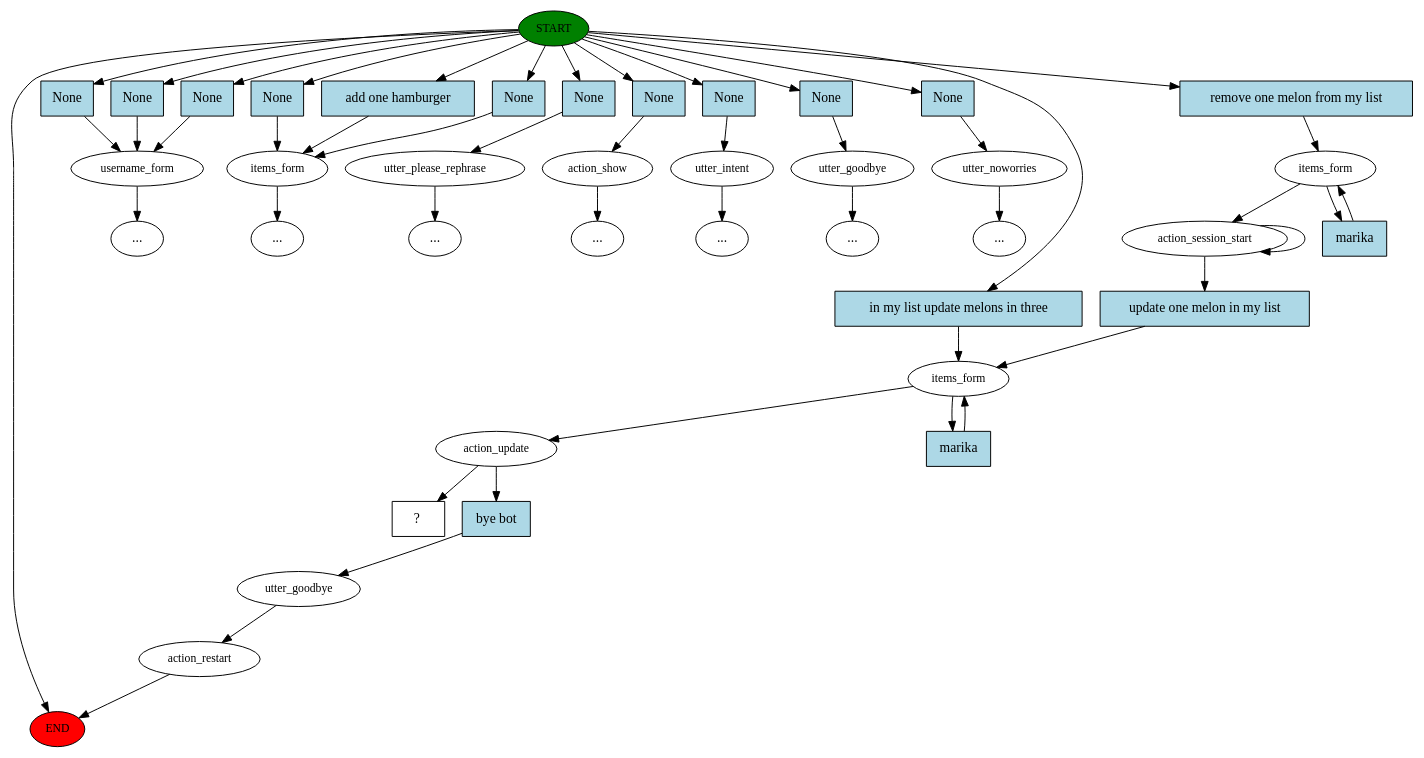
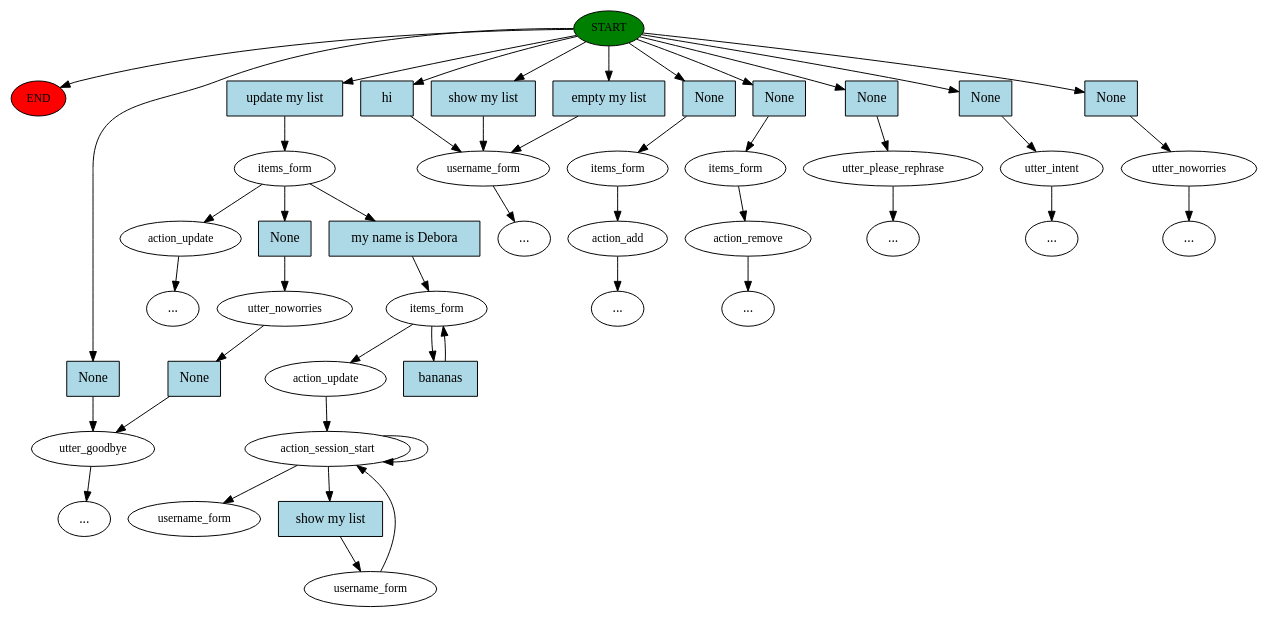
Before and after one commit to AlfonsoCom/ros_chatbot: the diagram in shopping_bot/story_graph.dot, drawn with Graphviz. The commit also changed 21 other files, not shown here.

```diff
--- a/shopping_bot/story_graph.dot
+++ b/shopping_bot/story_graph.dot
@@ -1,90 +1,91 @@
 digraph  {
 0 [class="start active", fillcolor=green, fontsize=12, label=START, style=filled];
 "-1" [class=end, fillcolor=red, fontsize=12, label=END, style=filled];
-1 [class="", fontsize=12, label=username_form];
-15 [class="", fontsize=12, label=items_form];
-33 [class="", fontsize=12, label=utter_please_rephrase];
-"-35" [class=ellipsis, label="..."];
-42 [class="", fontsize=12, label=action_show];
-"-44" [class=ellipsis, label="..."];
-44 [class="", fontsize=12, label=utter_intent];
-"-59" [class=ellipsis, label="..."];
-"-70" [class=ellipsis, label="..."];
-70 [class="", fontsize=12, label=utter_goodbye];
+1 [class="", fontsize=12, label=utter_goodbye];
+2 [class=active, fontsize=12, label=items_form];
+3 [class="", fontsize=12, label=action_update];
+4 [class="", fontsize=12, label=username_form];
+24 [class="", fontsize=12, label=utter_noworries];
+"-23" [class=ellipsis, label="..."];
+31 [class="", fontsize=12, label=items_form];
+32 [class="", fontsize=12, label=action_add];
+34 [class="", fontsize=12, label=items_form];
+35 [class="", fontsize=12, label=action_remove];
+46 [class="", fontsize=12, label=utter_please_rephrase];
+"-38" [class=ellipsis, label="..."];
+59 [class="", fontsize=12, label=utter_intent];
+"-62" [class=ellipsis, label="..."];
+"-65" [class=ellipsis, label="..."];
 "-72" [class=ellipsis, label="..."];
-71 [class="", fontsize=12, label=utter_noworries];
-"-73" [class=ellipsis, label="..."];
-72 [class=active, fontsize=12, label=items_form];
-74 [class=active, fontsize=12, label=action_update];
-75 [class="", fontsize=12, label=utter_goodbye];
-76 [class="", fontsize=12, label=action_restart];
 "-74" [class=ellipsis, label="..."];
-78 [class=active, fontsize=12, label=items_form];
-80 [class=active, fontsize=12, label=action_session_start];
-85 [class="intent dashed active", label="  ?  ", shape=rect];
-86 [class=intent, fillcolor=lightblue, label=None, shape=rect, style=filled];
-87 [class=intent, fillcolor=lightblue, label=None, shape=rect, style=filled];
-88 [class=intent, fillcolor=lightblue, label=None, shape=rect, style=filled];
-89 [class=intent, fillcolor=lightblue, label=None, shape=rect, style=filled];
-90 [class=intent, fillcolor=lightblue, label="add one hamburger", shape=rect, style=filled];
-91 [class=intent, fillcolor=lightblue, label=None, shape=rect, style=filled];
-92 [class=intent, fillcolor=lightblue, label=None, shape=rect, style=filled];
-93 [class=intent, fillcolor=lightblue, label=None, shape=rect, style=filled];
-94 [class=intent, fillcolor=lightblue, label=None, shape=rect, style=filled];
-95 [class=intent, fillcolor=lightblue, label=None, shape=rect, style=filled];
-96 [class=intent, fillcolor=lightblue, label=None, shape=rect, style=filled];
-97 [class=intent, fillcolor=lightblue, label="in my list update melons in three", shape=rect, style=filled];
-98 [class="intent active", fillcolor=lightblue, label="remove one melon from my list", shape=rect, style=filled];
-99 [class="intent active", fillcolor=lightblue, label=marika, shape=rect, style=filled];
-100 [class=intent, fillcolor=lightblue, label="bye bot", shape=rect, style=filled];
-101 [class="intent active", fillcolor=lightblue, label=marika, shape=rect, style=filled];
-102 [class="intent active", fillcolor=lightblue, label="update one melon in my list", shape=rect, style=filled];
+94 [class="", fontsize=12, label=utter_noworries];
+"-79" [class=ellipsis, label="..."];
+"-84" [class=ellipsis, label="..."];
+101 [class=active, fontsize=12, label=items_form];
+104 [class=active, fontsize=12, label=action_update];
+105 [class=active, fontsize=12, label=action_session_start];
+106 [class=active, fontsize=12, label=username_form];
+110 [class="dashed active", fontsize=12, label=username_form];
+111 [class=intent, fillcolor=lightblue, label=None, shape=rect, style=filled];
+112 [class="intent active", fillcolor=lightblue, label="update my list", shape=rect, style=filled];
+113 [class=intent, fillcolor=lightblue, label=hi, shape=rect, style=filled];
+114 [class=intent, fillcolor=lightblue, label="show my list", shape=rect, style=filled];
+115 [class=intent, fillcolor=lightblue, label="empty my list", shape=rect, style=filled];
+116 [class=intent, fillcolor=lightblue, label=None, shape=rect, style=filled];
+117 [class=intent, fillcolor=lightblue, label=None, shape=rect, style=filled];
+118 [class=intent, fillcolor=lightblue, label=None, shape=rect, style=filled];
+119 [class=intent, fillcolor=lightblue, label=None, shape=rect, style=filled];
+120 [class=intent, fillcolor=lightblue, label=None, shape=rect, style=filled];
+121 [class=intent, fillcolor=lightblue, label=None, shape=rect, style=filled];
+122 [class="intent active", fillcolor=lightblue, label="my name is Debora", shape=rect, style=filled];
+123 [class=intent, fillcolor=lightblue, label=None, shape=rect, style=filled];
+124 [class="intent active", fillcolor=lightblue, label=bananas, shape=rect, style=filled];
+125 [class="intent active", fillcolor=lightblue, label="show my list", shape=rect, style=filled];
 0 -> "-1"  [class="", key=NONE, label=""];
-0 -> 86  [class="", key=0];
-0 -> 87  [class="", key=0];
-0 -> 88  [class="", key=0];
-0 -> 89  [class="", key=0];
-0 -> 90  [class="", key=0];
-0 -> 91  [class="", key=0];
-0 -> 92  [class="", key=0];
-0 -> 93  [class="", key=0];
-0 -> 94  [class="", key=0];
-0 -> 95  [class="", key=0];
-0 -> 96  [class="", key=0];
-0 -> 97  [class="", key=0];
-0 -> 98  [class=active, key=0];
-1 -> "-70"  [class="", key=NONE, label=""];
-15 -> "-74"  [class="", key=NONE, label=""];
-33 -> "-35"  [class="", key=NONE, label=""];
-42 -> "-44"  [class="", key=NONE, label=""];
-44 -> "-59"  [class="", key=NONE, label=""];
-70 -> "-72"  [class="", key=NONE, label=""];
-71 -> "-73"  [class="", key=NONE, label=""];
-72 -> 74  [class=active, key=NONE, label=""];
-72 -> 99  [class=active, key=0];
-74 -> 85  [class=active, key=NONE, label=""];
-74 -> 100  [class="", key=0];
-75 -> 76  [class="", key=NONE, label=""];
-76 -> "-1"  [class="", key=NONE, label=""];
-78 -> 80  [class=active, key=NONE, label=""];
-78 -> 101  [class=active, key=0];
-80 -> 80  [class=active, key=NONE, label=""];
-80 -> 102  [class=active, key=0];
-86 -> 1  [class="", key=0];
-87 -> 1  [class="", key=0];
-88 -> 1  [class="", key=0];
-89 -> 15  [class="", key=0];
-90 -> 15  [class="", key=0];
-91 -> 15  [class="", key=0];
-92 -> 33  [class="", key=0];
-93 -> 42  [class="", key=0];
-94 -> 44  [class="", key=0];
-95 -> 70  [class="", key=0];
-96 -> 71  [class="", key=0];
-97 -> 72  [class="", key=0];
-98 -> 78  [class=active, key=0];
-99 -> 72  [class=active, key=0];
-100 -> 75  [class="", key=0];
-101 -> 78  [class=active, key=0];
-102 -> 72  [class=active, key=0];
+0 -> 111  [class="", key=0];
+0 -> 112  [class=active, key=0];
+0 -> 113  [class="", key=0];
+0 -> 114  [class="", key=0];
+0 -> 115  [class="", key=0];
+0 -> 116  [class="", key=0];
+0 -> 117  [class="", key=0];
+0 -> 118  [class="", key=0];
+0 -> 119  [class="", key=0];
+0 -> 120  [class="", key=0];
+1 -> "-23"  [class="", key=NONE, label=""];
+2 -> 3  [class="", key=NONE, label=""];
+2 -> 121  [class="", key=0];
+2 -> 122  [class=active, key=0];
+3 -> "-74"  [class="", key=NONE, label=""];
+4 -> "-84"  [class="", key=NONE, label=""];
+24 -> 123  [class="", key=0];
+31 -> 32  [class="", key=NONE, label=""];
+32 -> "-65"  [class="", key=NONE, label=""];
+34 -> 35  [class="", key=NONE, label=""];
+35 -> "-72"  [class="", key=NONE, label=""];
+46 -> "-38"  [class="", key=NONE, label=""];
+59 -> "-62"  [class="", key=NONE, label=""];
+94 -> "-79"  [class="", key=NONE, label=""];
+101 -> 104  [class=active, key=NONE, label=""];
+101 -> 124  [class=active, key=0];
+104 -> 105  [class=active, key=NONE, label=""];
+105 -> 110  [class=active, key=NONE, label=""];
+105 -> 105  [class=active, key=NONE, label=""];
+105 -> 125  [class=active, key=0];
+106 -> 105  [class=active, key=NONE, label=""];
+111 -> 1  [class="", key=0];
+112 -> 2  [class=active, key=0];
+113 -> 4  [class="", key=0];
+114 -> 4  [class="", key=0];
+115 -> 4  [class="", key=0];
+116 -> 31  [class="", key=0];
+117 -> 34  [class="", key=0];
+118 -> 46  [class="", key=0];
+119 -> 59  [class="", key=0];
+120 -> 94  [class="", key=0];
+121 -> 24  [class="", key=0];
+122 -> 101  [class=active, key=0];
+123 -> 1  [class="", key=0];
+124 -> 101  [class=active, key=0];
+125 -> 106  [class=active, key=0];
 }
```
